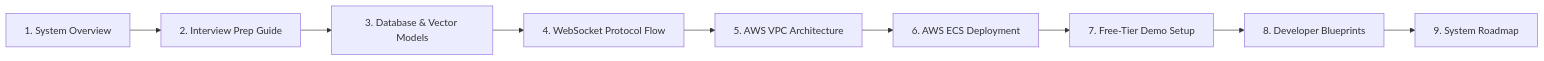
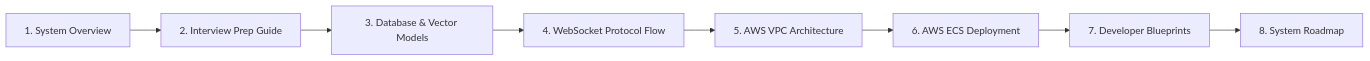
Before and after one commit to Shivanshvyas1729/Real-Time-Voice-AI-Agent-with-RAG: the seventh of 8 diagrams in readme.md, drawn with Mermaid. The commit also changed other lines of this file and 37 other files, not shown here.

````diff
--- a/readme.md
+++ b/readme.md
@@ -663,11 +663,10 @@
 ```mermaid
 graph LR
     Step1["1. System Overview"] --> Step2["2. Interview Prep Guide"]
     Step2 --> Step3["3. Database & Vector Models"]
     Step3 --> Step4["4. WebSocket Protocol Flow"]
     Step4 --> Step5["5. AWS VPC Architecture"]
     Step5 --> Step6["6. AWS ECS Deployment"]
-    Step6 --> Step7["7. Free-Tier Demo Setup"]
-    Step7 --> Step8["8. Developer Blueprints"]
-    Step8 --> Step9["9. System Roadmap"]
+    Step6 --> Step7["7. Developer Blueprints"]
+    Step7 --> Step8["8. System Roadmap"]
 ```
````
